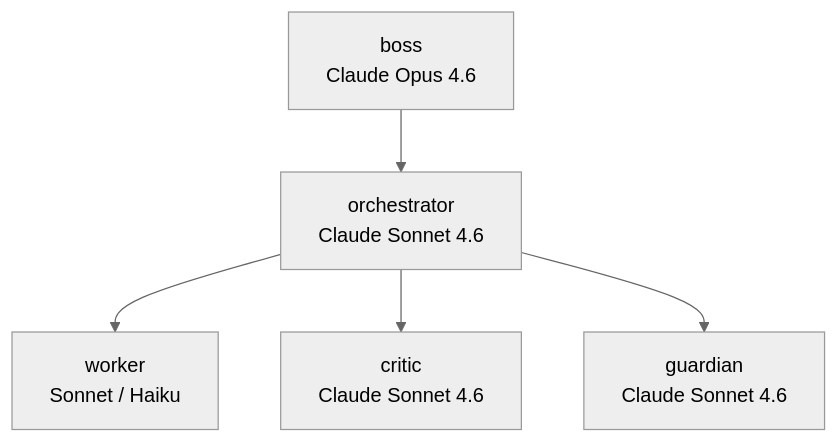
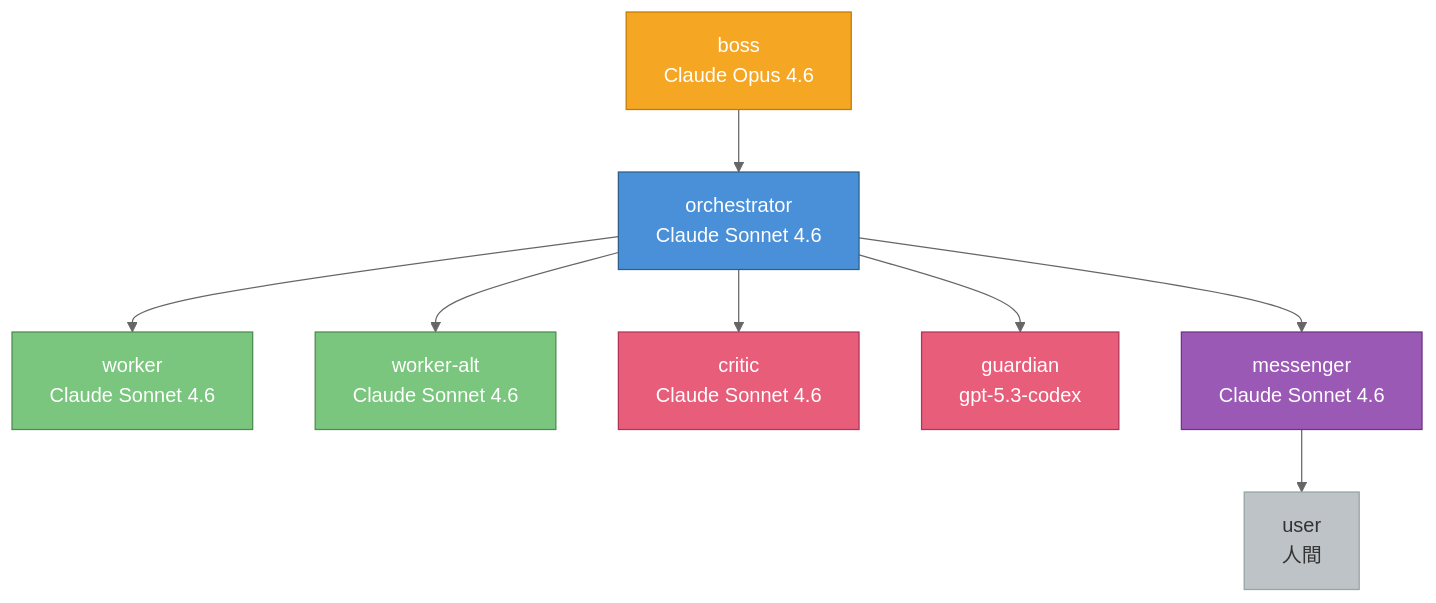
The third of 4 diagrams in slides/2026-03-04-multi-agent-orchestration.qmd (i9wa4/i9wa4.github.io), drawn with Mermaid (neutral theme) before and after one commit. The commit also changed other lines of this file, not shown here.

````diff
--- a/slides/2026-03-04-multi-agent-orchestration.qmd
+++ b/slides/2026-03-04-multi-agent-orchestration.qmd
@@ -224,12 +239,30 @@
 ```{mermaid}
 graph TD
   BOSS["boss<br/>Claude Opus 4.6"]
   ORC["orchestrator<br/>Claude Sonnet 4.6"]
-  WORKER["worker<br/>Sonnet / Haiku"]
+  WORKER["worker<br/>Claude Sonnet 4.6"]
+  WORKER_ALT["worker-alt<br/>Claude Sonnet 4.6"]
   CRITIC["critic<br/>Claude Sonnet 4.6"]
-  GUARD["guardian<br/>Claude Sonnet 4.6"]
+  GUARD["guardian<br/>gpt-5.3-codex"]
+  MESS["messenger<br/>Claude Sonnet 4.6"]
+  USER["user<br/>人間"]
   BOSS --> ORC
   ORC --> WORKER
+  ORC --> WORKER_ALT
   ORC --> CRITIC
   ORC --> GUARD
+  ORC --> MESS
+  MESS --> USER
+  classDef bossClass   fill:#F5A623,color:#fff,stroke:#C47A00
+  classDef orchClass   fill:#4A90D9,color:#fff,stroke:#2C5F8A
+  classDef workerClass fill:#7BC67E,color:#fff,stroke:#4A8C4E
+  classDef reviewClass fill:#E85D7A,color:#fff,stroke:#B23358
+  classDef messClass   fill:#9B59B6,color:#fff,stroke:#6C3483
+  classDef defClass    fill:#BDC3C7,color:#333,stroke:#95A5A6
+  class BOSS bossClass
+  class ORC orchClass
+  class WORKER,WORKER_ALT workerClass
+  class CRITIC,GUARD reviewClass
+  class MESS messClass
+  class USER defClass
 ```
````
